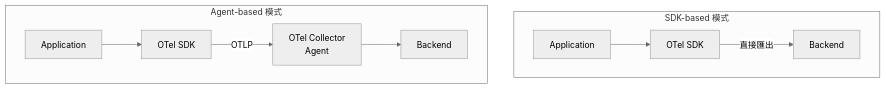
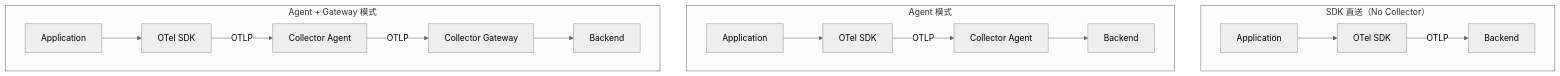
The fifth of 19 diagrams in content/posts/教學/工具/OpenTelemetry教學手冊.md (chihhung/Blog), drawn with Mermaid (neutral theme) before and after one commit. The commit also changed other lines of this file and 8 other files, not shown here.

````diff
--- a/content/posts/教學/工具/OpenTelemetry教學手冊.md
+++ b/content/posts/教學/工具/OpenTelemetry教學手冊.md
@@ -373,13 +603,20 @@
 ```mermaid
 graph TB
-    subgraph "SDK-based 模式"
+    subgraph "SDK 直送（No Collector）"
         A1[Application] --> A2[OTel SDK]
-        A2 -->|直接匯出| A3[Backend]
+        A2 -->|OTLP| A3[Backend]
     end
-    
-    subgraph "Agent-based 模式"
+
+    subgraph "Agent 模式"
         B1[Application] --> B2[OTel SDK]
-        B2 -->|OTLP| B3[OTel Collector<br/>Agent]
+        B2 -->|OTLP| B3[Collector Agent]
         B3 --> B4[Backend]
     end
+
+    subgraph "Agent + Gateway 模式"
+        C1[Application] --> C2[OTel SDK]
+        C2 -->|OTLP| C3[Collector Agent]
+        C3 -->|OTLP| C4[Collector Gateway]
+        C4 --> C5[Backend]
+    end
 ```
````
